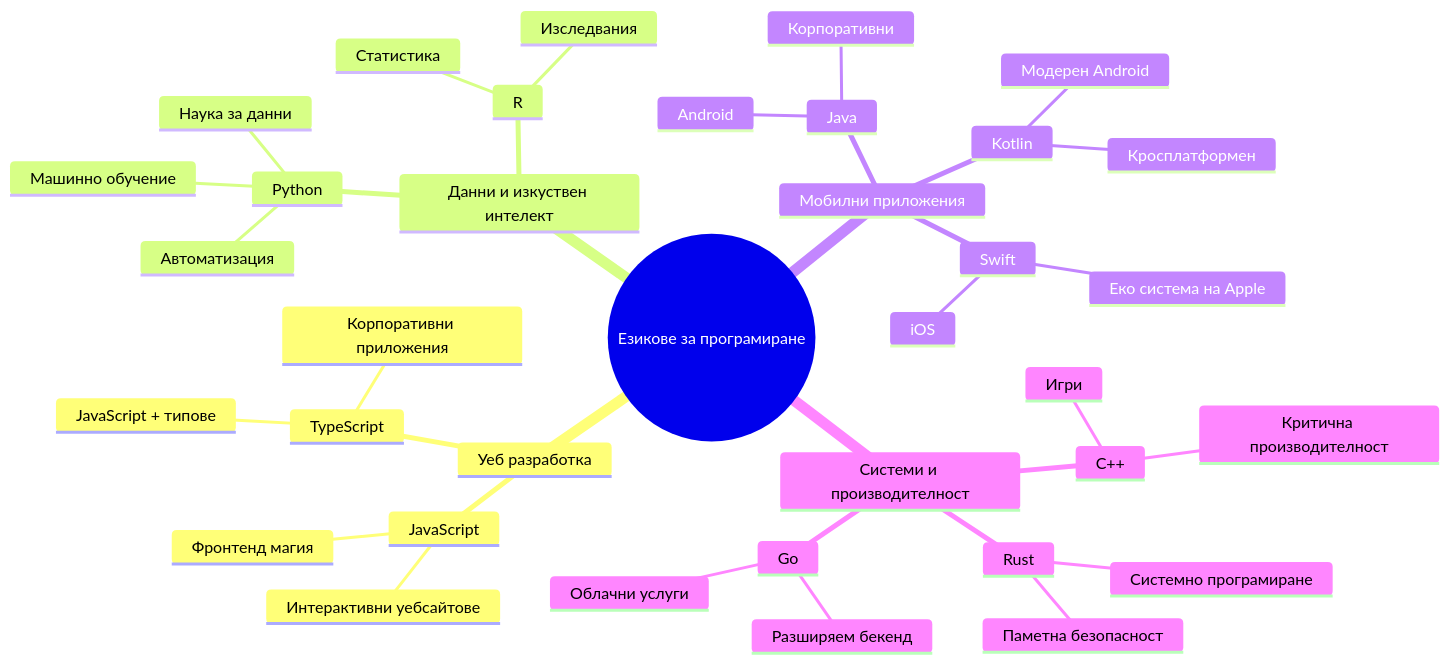
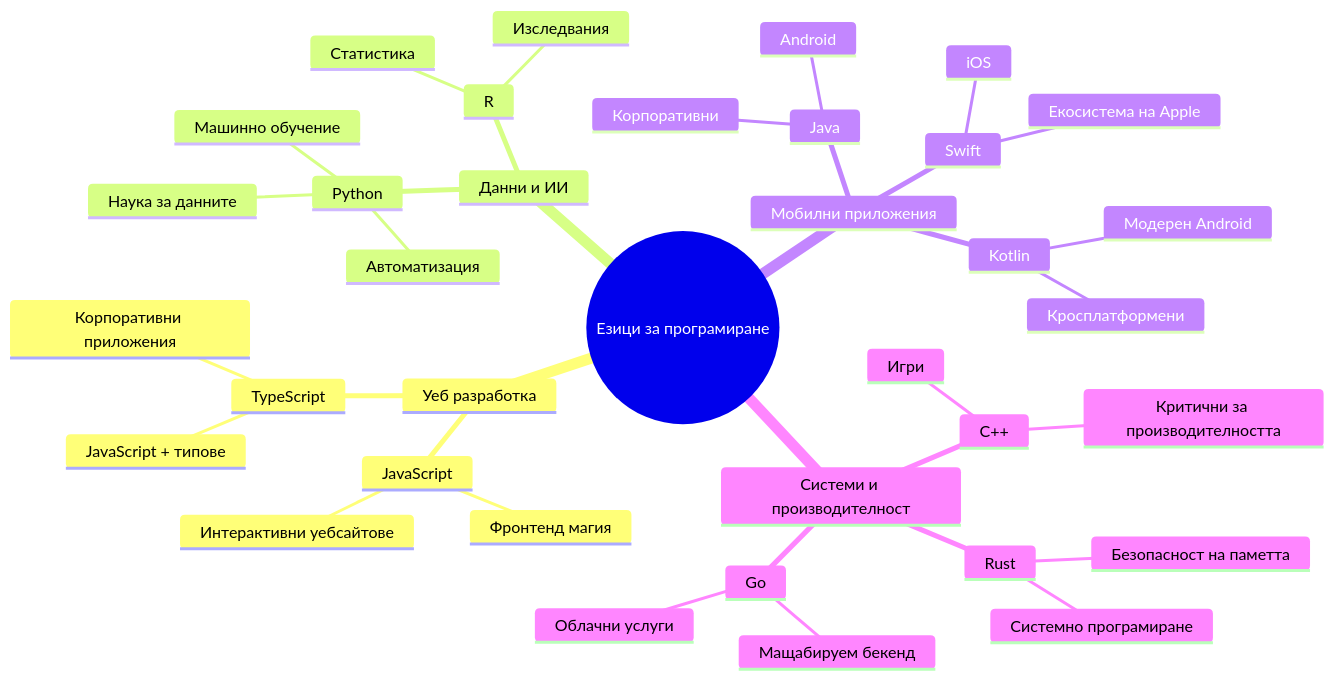
The second of 7 diagrams in translations/bg/1-getting-started-lessons/1-intro-to-programming-languages/README.md (microsoft/Web-Dev-For-Beginners), drawn with Mermaid before and after one commit. The commit also changed other lines of this file and 8 other files, not shown here.

````diff
--- a/translations/bg/1-getting-started-lessons/1-intro-to-programming-languages/README.md
+++ b/translations/bg/1-getting-started-lessons/1-intro-to-programming-languages/README.md
@@ -84,39 +85,39 @@
 ```mermaid
 mindmap
-  root((Езикове за програмиране))
+  root((Езици за програмиране))
     Уеб разработка
       JavaScript
         Фронтенд магия
         Интерактивни уебсайтове
       TypeScript
         JavaScript + типове
         Корпоративни приложения
-    Данни и изкуствен интелект
+    Данни и ИИ
       Python
-        Наука за данни
+        Наука за данните
         Машинно обучение
         Автоматизация
       R
         Статистика
         Изследвания
     Мобилни приложения
       Java
         Android
         Корпоративни
       Swift
         iOS
-        Еко система на Apple
+        Екосистема на Apple
       Kotlin
         Модерен Android
-        Кросплатформен
+        Кросплатформени
     Системи и производителност
       C++
         Игри
-        Критична производителност
+        Критични за производителността
       Rust
-        Паметна безопасност
+        Безопасност на паметта
         Системно програмиране
       Go
         Облачни услуги
-        Разширяем бекенд
+        Мащабируем бекенд
 ```
````
